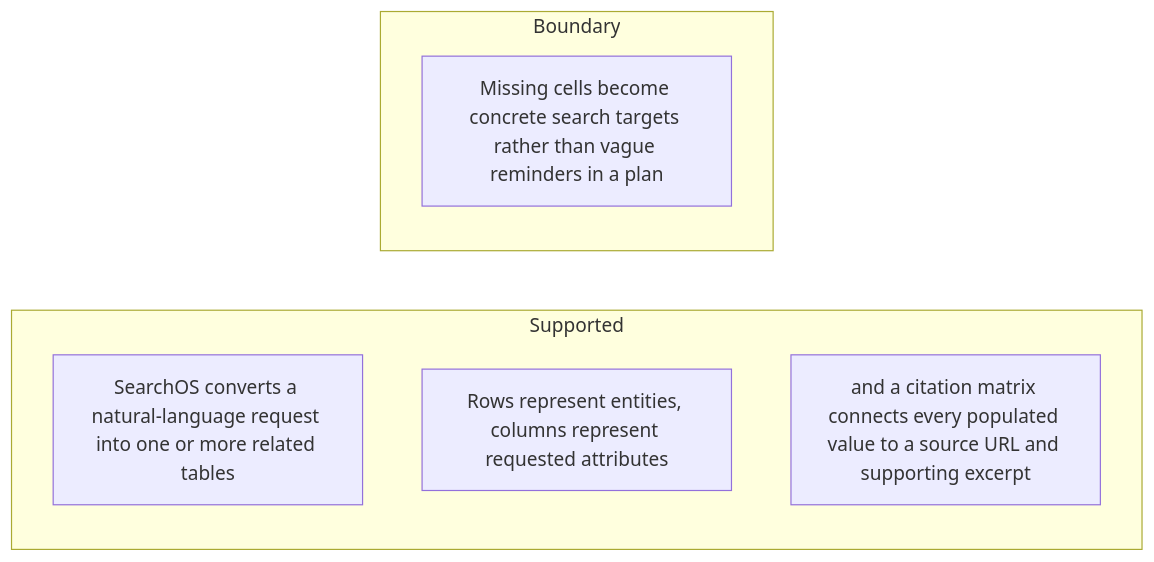
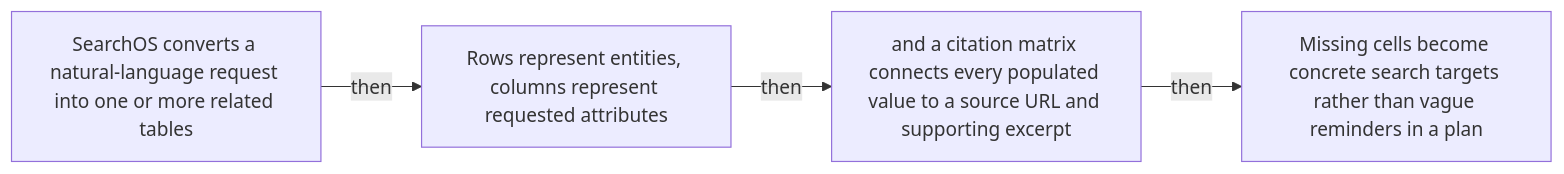
Before and after one commit to Betancourt1/paper_atlas: the ninth of 51 diagrams in docs/visual-manifests/VISUAL_MANIFEST_SEARCHOS_V1.md, drawn with Mermaid. The commit also changed other lines of this file and 7 other files, not shown here.

````diff
--- a/docs/visual-manifests/VISUAL_MANIFEST_SEARCHOS_V1.md
+++ b/docs/visual-manifests/VISUAL_MANIFEST_SEARCHOS_V1.md
@@ -673,11 +661,10 @@
 ```mermaid
 flowchart LR
-  subgraph Supported
-    a1["SearchOS converts a natural-language request into one or more related tables"]
-    a2["Rows represent entities, columns represent requested attributes"]
-    a3["and a citation matrix connects every populated value to a source URL and supporting excerpt"]
-  end
-  subgraph Boundary
-    b1["Missing cells become concrete search targets rather than vague reminders in a plan"]
-  end
+  n1["SearchOS converts a natural-language request into one or more related tables"]
+  n2["Rows represent entities, columns represent requested attributes"]
+  n3["and a citation matrix connects every populated value to a source URL and supporting excerpt"]
+  n4["Missing cells become concrete search targets rather than vague reminders in a plan"]
+  n1 -->|"then"| n2
+  n2 -->|"then"| n3
+  n3 -->|"then"| n4
 ```
````
